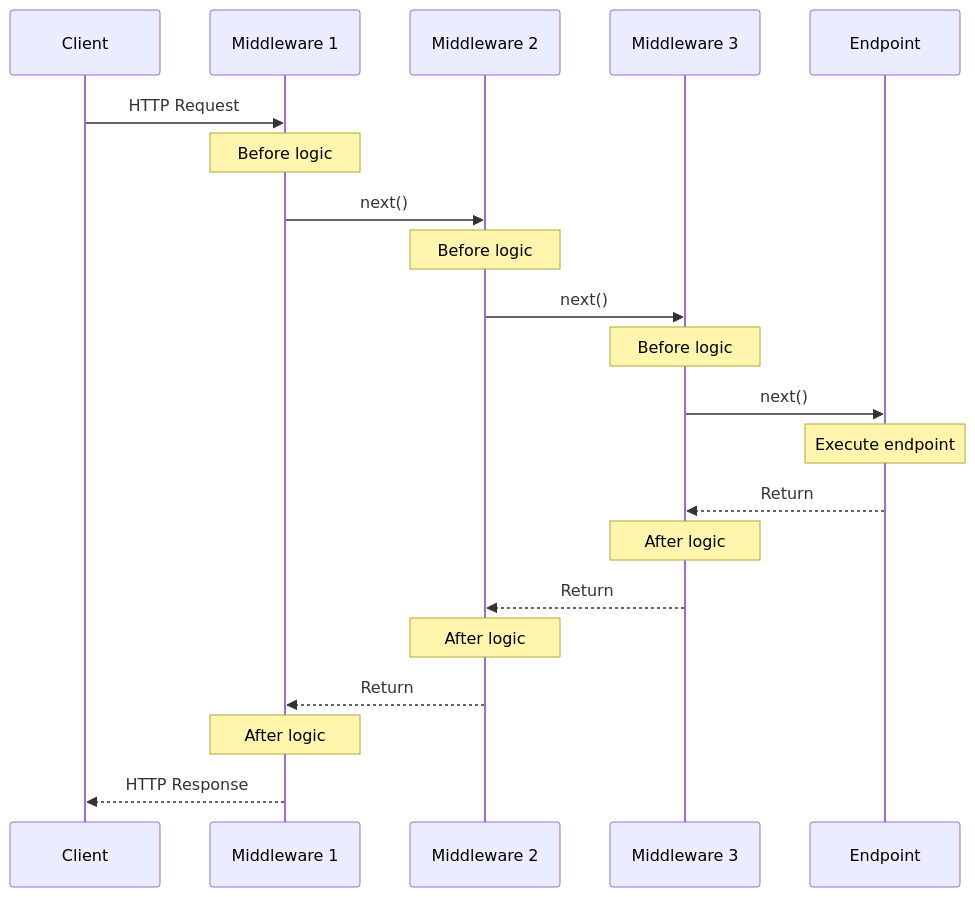
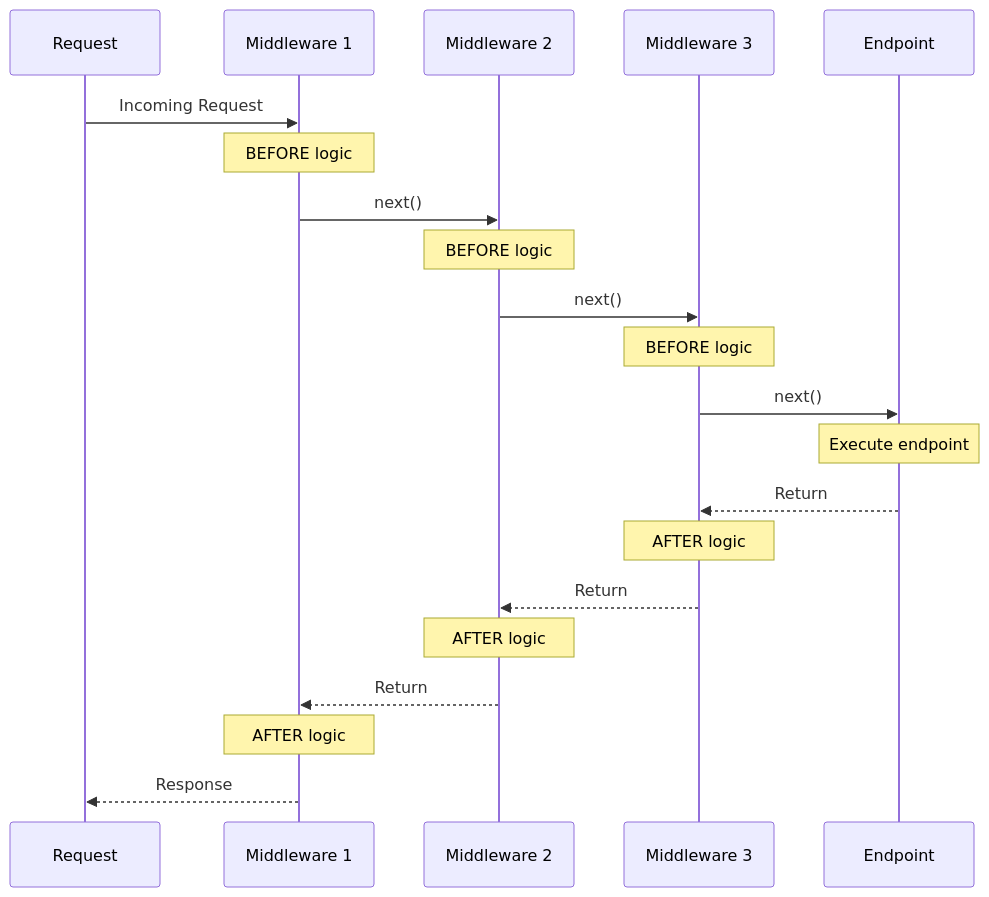
One commit to scottgal/mostlylucid.eufysecurity changed the first of 3 diagrams in docs/ASPNET-PIPELINE-PART3-MIDDLEWARE.md. Above: the diagram before and after it, drawn with Mermaid. The commit also changed other lines of this file and 3 other files, not shown here.

Commit message:
Rewrite blog post series in user's style with Mermaid diagrams and AI disclaimer

````diff
--- a/docs/ASPNET-PIPELINE-PART3-MIDDLEWARE.md
+++ b/docs/ASPNET-PIPELINE-PART3-MIDDLEWARE.md
@@ -56,24 +44,24 @@
 ```mermaid
 sequenceDiagram
-    participant Client
-    participant MW1 as Middleware 1
-    participant MW2 as Middleware 2
-    participant MW3 as Middleware 3
-    participant Endpoint
+    participant R as Request
+    participant M1 as Middleware 1
+    participant M2 as Middleware 2
+    participant M3 as Middleware 3
+    participant E as Endpoint
 
-    Client->>MW1: HTTP Request
-    Note over MW1: Before logic
-    MW1->>MW2: next()
-    Note over MW2: Before logic
-    MW2->>MW3: next()
-    Note over MW3: Before logic
-    MW3->>Endpoint: next()
-    Note over Endpoint: Execute endpoint
-    Endpoint-->>MW3: Return
-    Note over MW3: After logic
-    MW3-->>MW2: Return
-    Note over MW2: After logic
-    MW2-->>MW1: Return
-    Note over MW1: After logic
-    MW1-->>Client: HTTP Response
+    R->>M1: Incoming Request
+    Note over M1: BEFORE logic
+    M1->>M2: next()
+    Note over M2: BEFORE logic
+    M2->>M3: next()
+    Note over M3: BEFORE logic
+    M3->>E: next()
+    Note over E: Execute endpoint
+    E-->>M3: Return
+    Note over M3: AFTER logic
+    M3-->>M2: Return
+    Note over M2: AFTER logic
+    M2-->>M1: Return
+    Note over M1: AFTER logic
+    M1-->>R: Response
 ```
````
